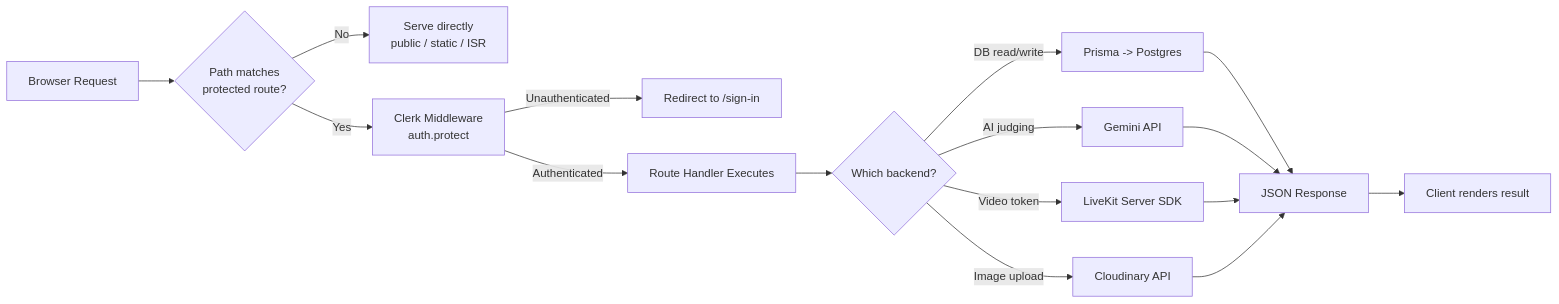
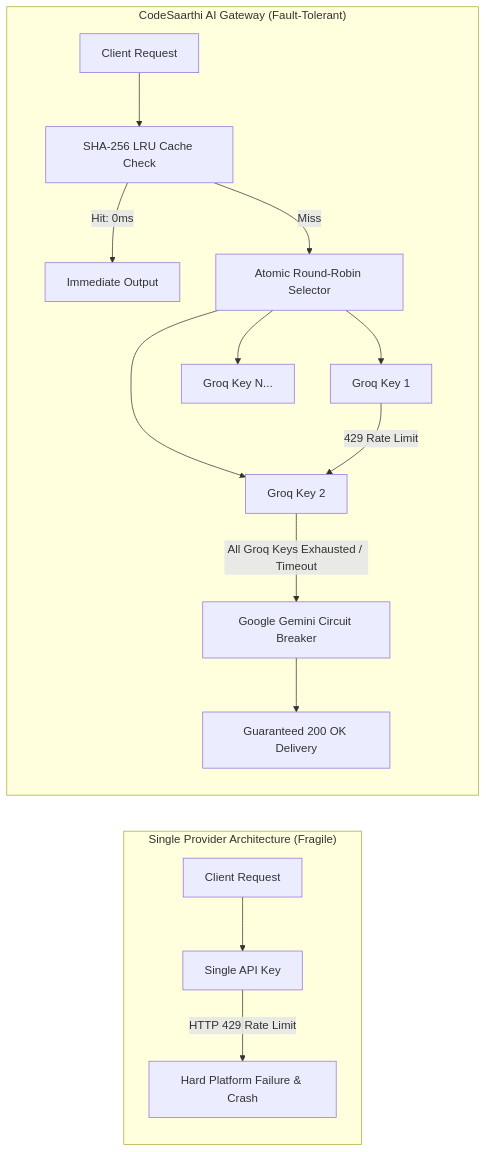
The third of 21 diagrams in README.md (DevSars24/codeify), drawn with Mermaid before and after one commit. The commit also changed other lines of this file, not shown here.

````diff
--- a/README.md
+++ b/README.md
@@ -61,18 +143,19 @@
 ```mermaid
-flowchart LR
-    A[Browser Request] --> B{Path matches<br/>protected route?}
-    B -- No --> C[Serve directly<br/>public / static / ISR]
-    B -- Yes --> D[Clerk Middleware<br/>auth.protect]
-    D -- Unauthenticated --> E[Redirect to /sign-in]
-    D -- Authenticated --> F[Route Handler Executes]
-    F --> G{Which backend?}
-    G -->|DB read/write| H[Prisma -> Postgres]
-    G -->|AI judging| I[Gemini API]
-    G -->|Video token| J[LiveKit Server SDK]
-    G -->|Image upload| K[Cloudinary API]
-    H --> L[JSON Response]
-    I --> L
-    J --> L
-    K --> L
-    L --> M[Client renders result]
+graph LR
+    subgraph Single_Vendor ["Single Provider Architecture (Fragile)"]
+        Req1[Client Request] --> Provider1[Single API Key]
+        Provider1 -->|HTTP 429 Rate Limit| Outage1[Hard Platform Failure & Crash]
+    end
+
+    subgraph Resilient_Architecture ["CodeSaarthi AI Gateway (Fault-Tolerant)"]
+        Req2[Client Request] --> Hash2[SHA-256 LRU Cache Check]
+        Hash2 -->|Hit: 0ms| FastReturn[Immediate Output]
+        Hash2 -->|Miss| RoundRobin[Atomic Round-Robin Selector]
+        RoundRobin --> GroqKey1[Groq Key 1]
+        RoundRobin --> GroqKey2[Groq Key 2]
+        RoundRobin --> GroqKeyN[Groq Key N...]
+        GroqKey1 -->|429 Rate Limit| GroqKey2
+        GroqKey2 -->|All Groq Keys Exhausted / Timeout| GeminiCircuit[Google Gemini Circuit Breaker]
+        GeminiCircuit --> Return200[Guaranteed 200 OK Delivery]
+    end
 ```
````
